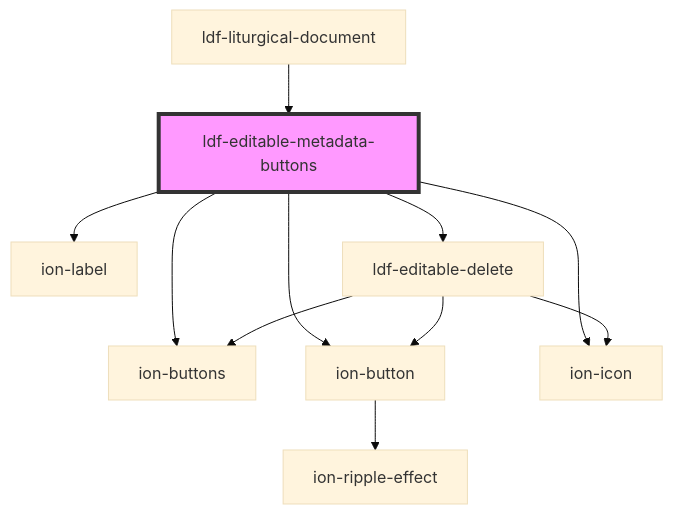
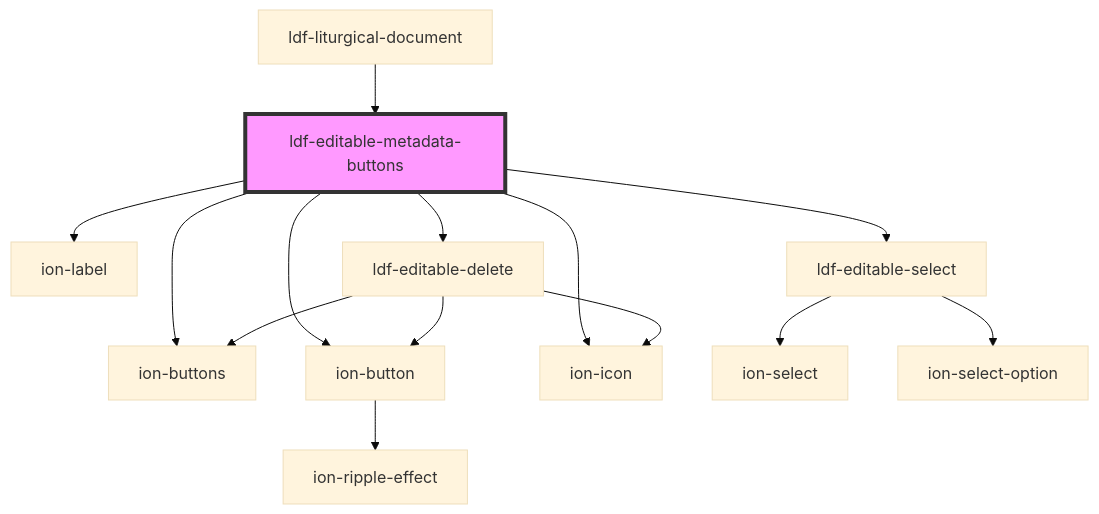
One commit to gbj/venite changed the diagram in components/src/components/editable-metadata-buttons/readme.md. Above: the diagram before and after it, drawn with Mermaid (base theme). The commit also changed other lines of this file and 14 other files, not shown here.

````diff
--- a/components/src/components/editable-metadata-buttons/readme.md
+++ b/components/src/components/editable-metadata-buttons/readme.md
@@ -45,14 +46,17 @@
 ```mermaid
 graph TD;
   ldf-editable-metadata-buttons --> ion-buttons
   ldf-editable-metadata-buttons --> ion-button
   ldf-editable-metadata-buttons --> ion-label
   ldf-editable-metadata-buttons --> ion-icon
+  ldf-editable-metadata-buttons --> ldf-editable-select
   ldf-editable-metadata-buttons --> ldf-editable-delete
   ion-button --> ion-ripple-effect
+  ldf-editable-select --> ion-select
+  ldf-editable-select --> ion-select-option
   ldf-editable-delete --> ion-buttons
   ldf-editable-delete --> ion-button
   ldf-editable-delete --> ion-icon
   ldf-liturgical-document --> ldf-editable-metadata-buttons
   style ldf-editable-metadata-buttons fill:#f9f,stroke:#333,stroke-width:4px
 ```
````
